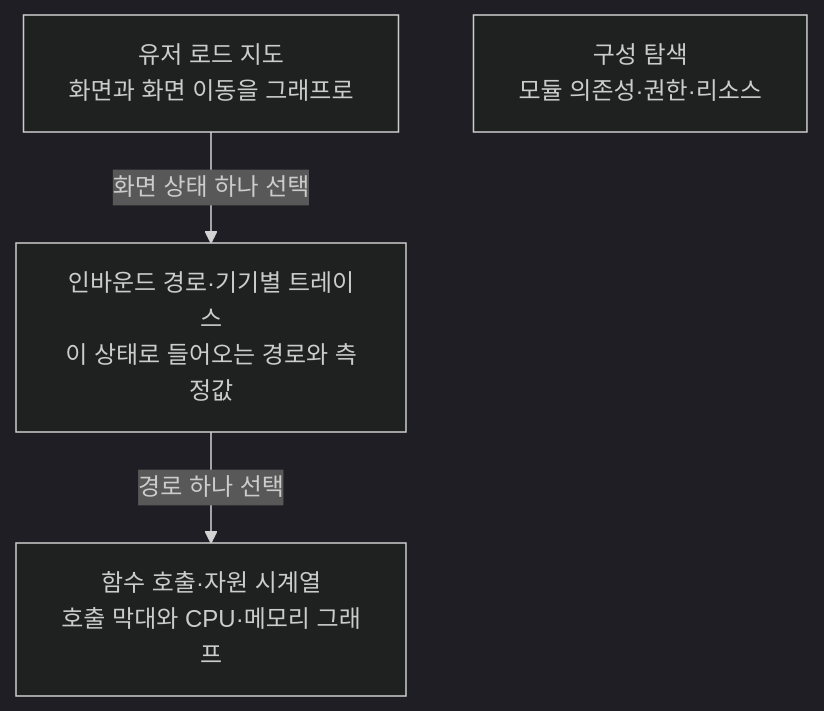
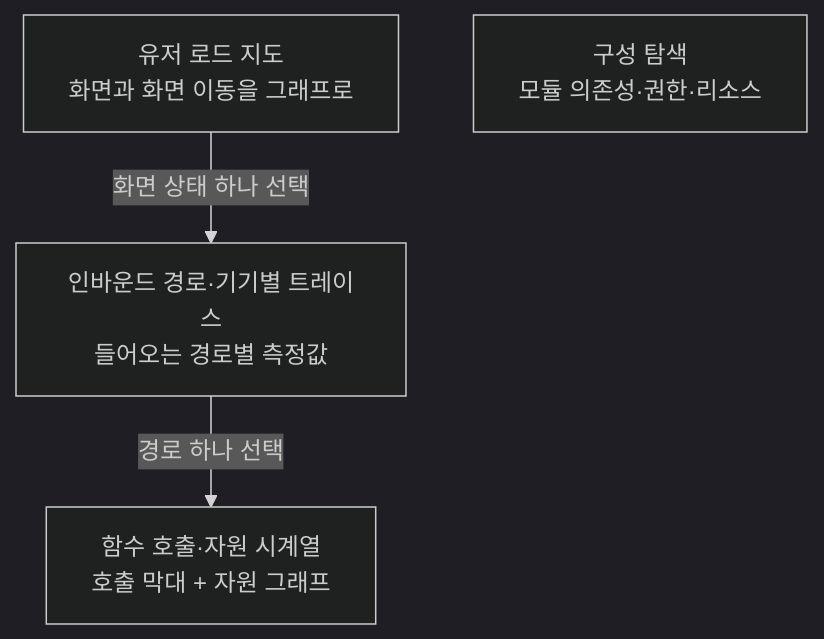
Before and after one commit to Sadturtleman/sadturtleman.github.io: the diagram in _posts/2026-10-13-android-apm-1-why.md, drawn with Mermaid (dark theme). The commit also changed other lines of this file, not shown here.

Commit message:
post: APM 1편 다이어그램 높이와 Mermaid 라벨 줄바꿈을 고친다

````diff
--- a/_posts/2026-10-13-android-apm-1-why.md
+++ b/_posts/2026-10-13-android-apm-1-why.md
@@ -88,6 +88,6 @@
 ```mermaid
 flowchart TD
-    A["유저 로드 지도<br/>화면과 화면 이동을 그래프로"] -->|화면 상태 하나 선택| B["인바운드 경로·기기별 트레이스<br/>이 상태로 들어오는 경로와 측정값"]
-    B -->|경로 하나 선택| C["함수 호출·자원 시계열<br/>호출 막대와 CPU·메모리 그래프"]
+    A["유저 로드 지도<br/>화면과 화면 이동을 그래프로"] -->|화면 상태 하나 선택| B["인바운드 경로·기기별 트레이스<br/>들어오는 경로별 측정값"]
+    B -->|경로 하나 선택| C["함수 호출·자원 시계열<br/>호출 막대 + 자원 그래프"]
     D["구성 탐색<br/>모듈 의존성·권한·리소스"]
 ```
````
